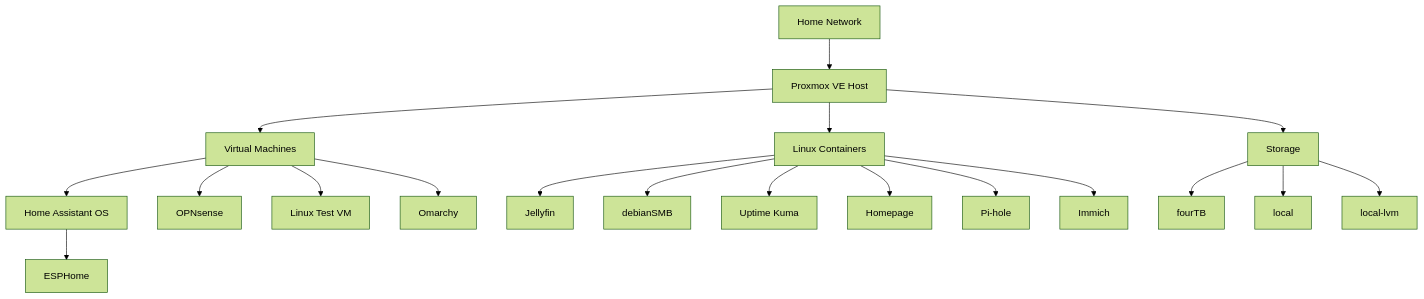
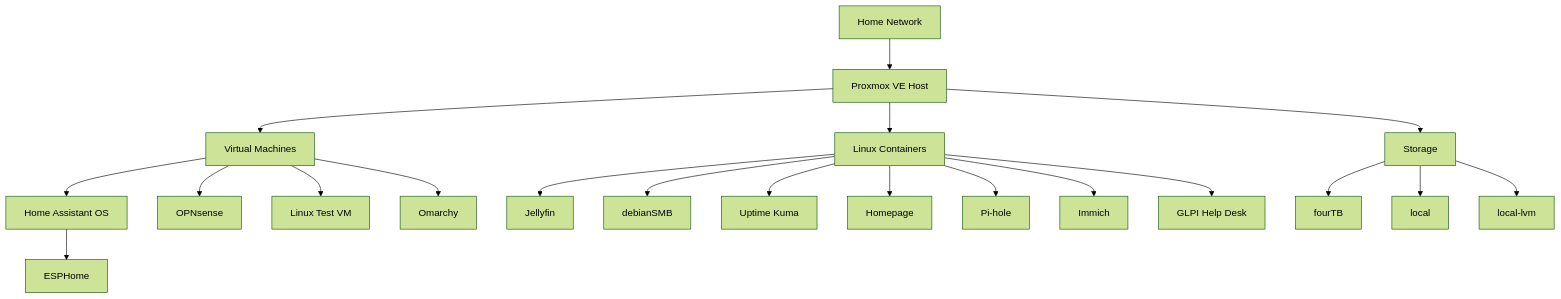
Before and after one commit to dewaldthegreat/homelab: the first of 2 diagrams in diagrams/README.md, drawn with Mermaid (forest theme). The commit also changed other lines of this file, not shown here.

Commit message:
Add GLPI to homelab diagrams

````diff
--- a/diagrams/README.md
+++ b/diagrams/README.md
@@ -32,26 +33,27 @@
 ```mermaid
 flowchart TD
     NET[Home Network] --> PVE[Proxmox VE Host]
 
     PVE --> VM[Virtual Machines]
     PVE --> LXC[Linux Containers]
     PVE --> ST[Storage]
 
     VM --> HA[Home Assistant OS]
     VM --> OP[OPNsense]
     VM --> TEST[Linux Test VM]
     VM --> OM[Omarchy]
 
     LXC --> JF[Jellyfin]
     LXC --> SMB[debianSMB]
     LXC --> UK[Uptime Kuma]
     LXC --> HP[Homepage]
     LXC --> PH[Pi-hole]
     LXC --> IM[Immich]
+    LXC --> GLPI[GLPI Help Desk]
 
     ST --> FOUR[fourTB]
     ST --> LOCAL[local]
     ST --> LVM[local-lvm]
 
     HA --> ESP[ESPHome]
 ```
````
